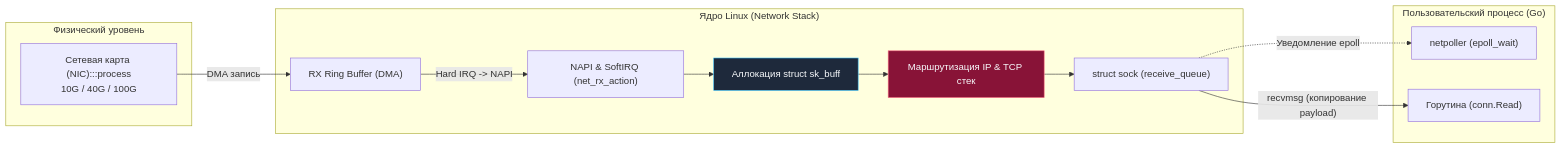
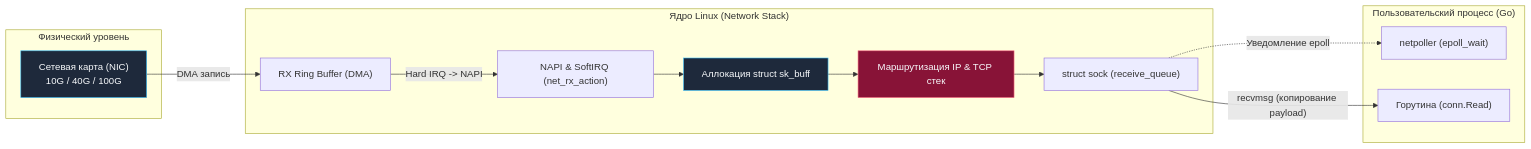
One commit to UnrealTemplier/go-textbook-ru changed the first of 5 diagrams in sources/2. Устройство и работа ОС/47. Сетевая подсистема ОС.md. Above: the diagram before and after it, drawn with Mermaid. The commit also changed other lines of this file and 40 other files, not shown here.

First line of the commit message:
fix(mermaid): move :::class out of 48 quoted node labels

````diff
--- a/sources/2. Устройство и работа ОС/47. Сетевая подсистема ОС.md
+++ b/sources/2. Устройство и работа ОС/47. Сетевая подсистема ОС.md
@@ -14,36 +14,36 @@
 ```mermaid
 flowchart LR
     classDef process  fill:#1e293b,stroke:#38bdf8,stroke-width:1px,color:#f8fafc
     classDef success  fill:#064e3b,stroke:#34d399,stroke-width:1px,color:#f8fafc
     classDef error    fill:#7f1d1d,stroke:#f87171,stroke-width:1px,color:#f8fafc
     classDef warning  fill:#78350f,stroke:#fbbf24,stroke-width:1px,color:#f8fafc
     classDef entry    fill:#1e3a5f,stroke:#38bdf8,stroke-width:2px,color:#f8fafc
     classDef aux      fill:#334155,stroke:#64748b,stroke-width:1px,color:#f8fafc
     classDef system   fill:#312e81,stroke:#a78bfa,stroke-width:1px,color:#f8fafc
     classDef data     fill:#132d29,stroke:#2dd4bf,stroke-width:1px,color:#f8fafc
     classDef network  fill:#881337,stroke:#fb7185,stroke-width:1px,color:#f8fafc
     classDef accent   fill:#1e1b4b,stroke:#818cf8,stroke-width:1px,color:#f8fafc
     subgraph Hardware["Физический уровень"]
-        NIC["Сетевая карта (NIC):::process
-10G / 40G / 100G"]
+        NIC["Сетевая карта (NIC)
+10G / 40G / 100G"]:::process
     end
     subgraph Kernel["Ядро Linux (Network Stack)"]
         Ring["RX Ring Buffer (DMA)"]
         NAPI["NAPI & SoftIRQ (net_rx_action)"]
         SKB["Аллокация struct sk_buff"]:::process
         L3L4["Маршрутизация IP & TCP стек"]:::network
         SockQ["struct sock (receive_queue)"]
     end
     subgraph UserSpace["Пользовательский процесс (Go)"]
         Netpoll["netpoller (epoll_wait)"]
         Goroutine["Горутина (conn.Read)"]
     end
 
     NIC -->|"DMA запись"| Ring
     Ring -->|"Hard IRQ -> NAPI"| NAPI
     NAPI --> SKB
     SKB --> L3L4
     L3L4 --> SockQ
     SockQ -.->|"Уведомление epoll"| Netpoll
     SockQ -->|"recvmsg (копирование payload)"| Goroutine
 ```
````
